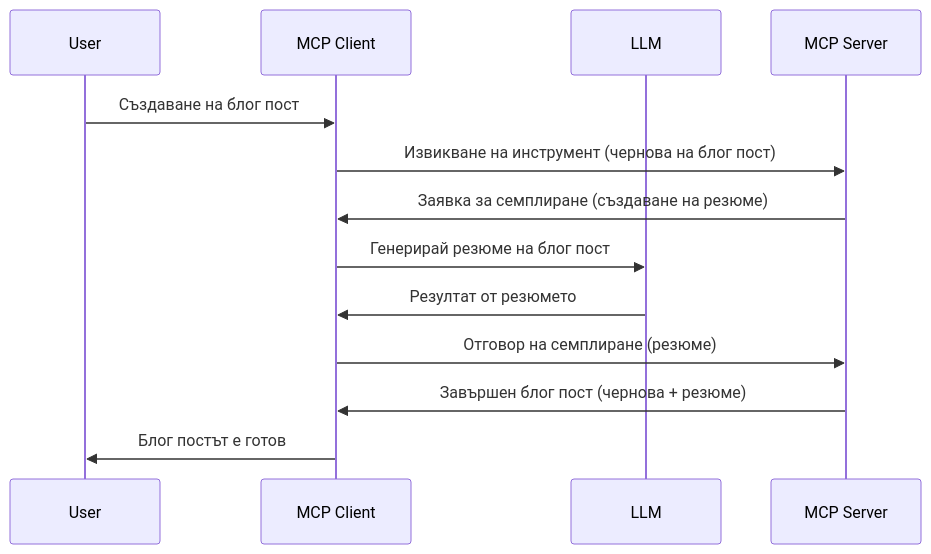
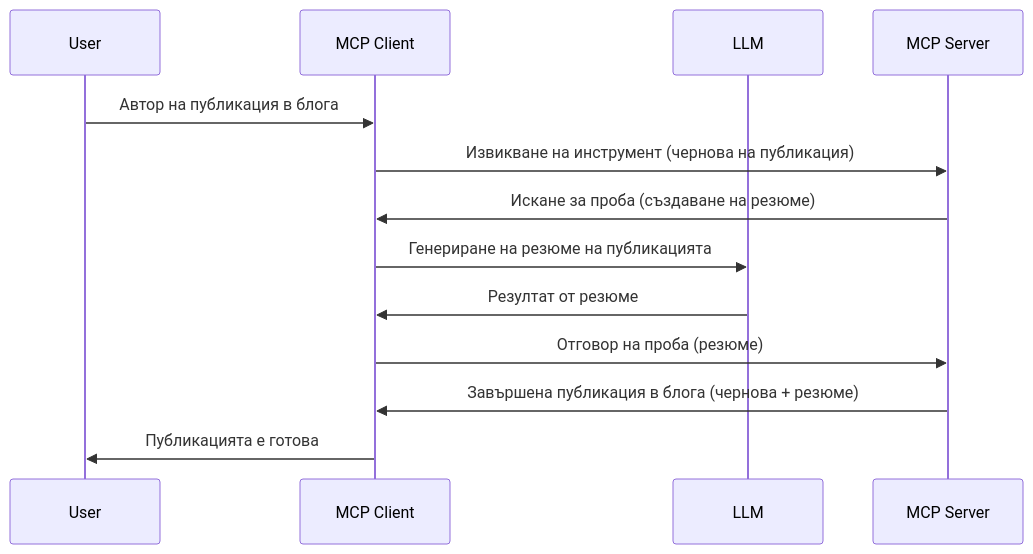
The diagram in mcp_ecosystem__model_context_protocol/mcp_learning_resources/mcp-for-beginners/translations/bg/03-GettingStarted/14-sampling/README.md (HIDORAKAI002/ai-workspace-archive), drawn with Mermaid before and after one commit. The commit also changed other lines of this file and 1160 other files, not shown here.

````diff
--- a/mcp_ecosystem__model_context_protocol/mcp_learning_resources/mcp-for-beginners/translations/bg/03-GettingStarted/14-sampling/README.md
+++ b/mcp_ecosystem__model_context_protocol/mcp_learning_resources/mcp-for-beginners/translations/bg/03-GettingStarted/14-sampling/README.md
@@ -23,16 +23,16 @@
 ```mermaid
 sequenceDiagram
     participant User
     participant MCP Client
     participant LLM
     participant MCP Server
 
-    User->>MCP Client: Създаване на блог пост
-    MCP Client->>MCP Server: Извикване на инструмент (чернова на блог пост)
-    MCP Server->>MCP Client: Заявка за семплиране (създаване на резюме)
-    MCP Client->>LLM: Генерирай резюме на блог пост
-    LLM->>MCP Client: Резултат от резюмето
-    MCP Client->>MCP Server: Отговор на семплиране (резюме)
-    MCP Server->>MCP Client: Завършен блог пост (чернова + резюме)
-    MCP Client->>User: Блог постът е готов
+    User->>MCP Client: Автор на публикация в блога
+    MCP Client->>MCP Server: Извикване на инструмент (чернова на публикация)
+    MCP Server->>MCP Client: Искане за проба (създаване на резюме)
+    MCP Client->>LLM: Генериране на резюме на публикацията
+    LLM->>MCP Client: Резултат от резюме
+    MCP Client->>MCP Server: Отговор на проба (резюме)
+    MCP Server->>MCP Client: Завършена публикация в блога (чернова + резюме)
+    MCP Client->>User: Публикацията е готова
 ```
````
